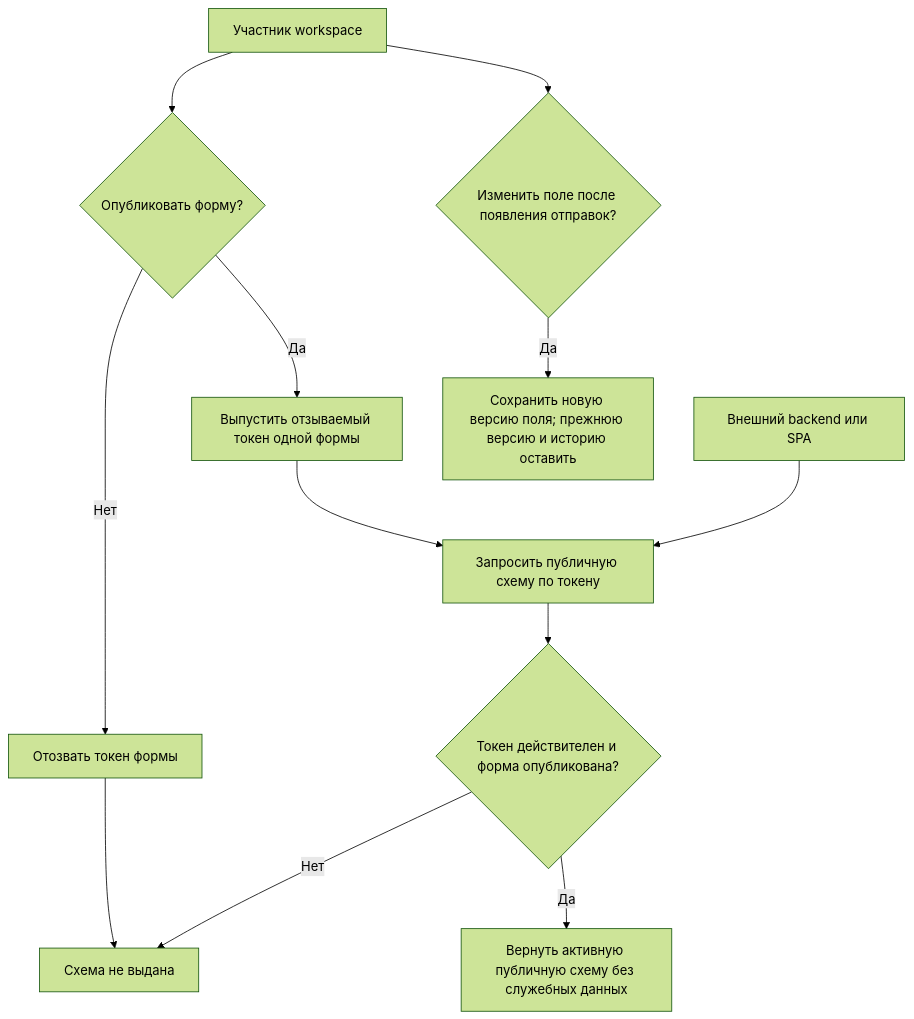
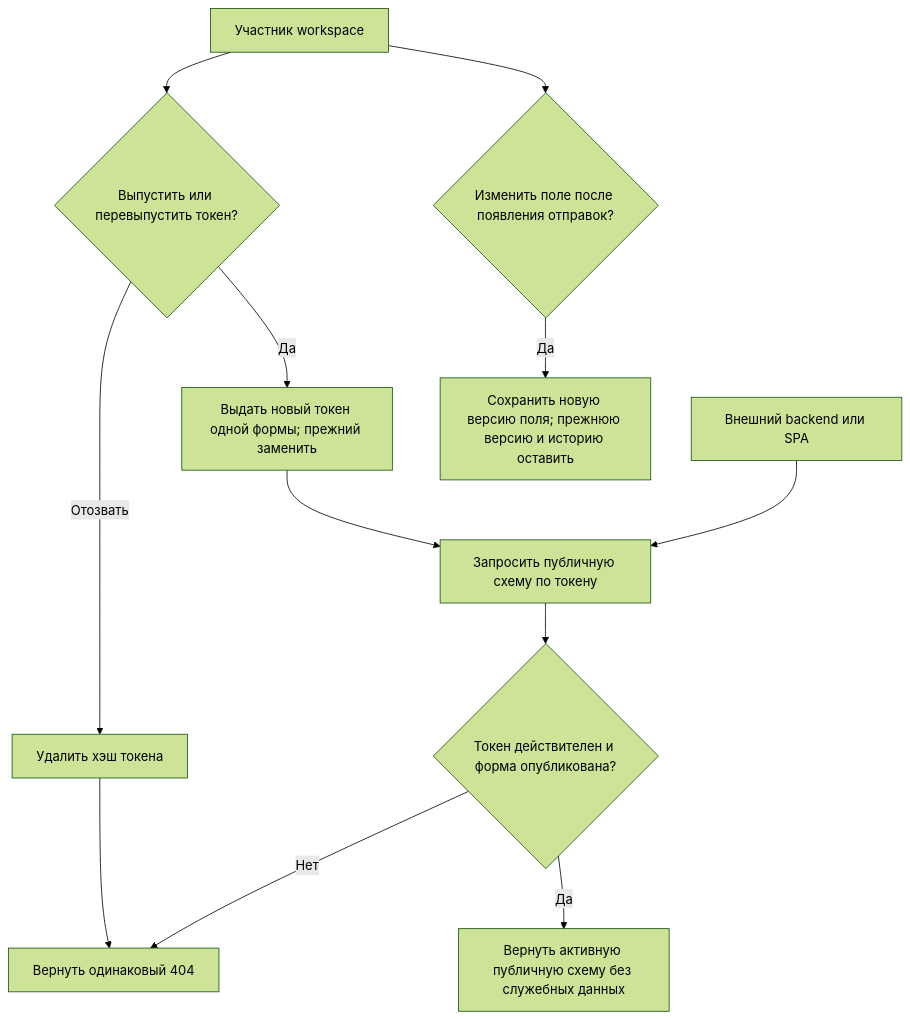
One commit to sholokhov-daniil/formflow-api changed the second of 2 diagrams in docs/business-logic/form-definition.md. Above: the diagram before and after it, drawn with Mermaid (forest theme). The commit also changed other lines of this file and 24 other files, not shown here.

````diff
--- a/docs/business-logic/form-definition.md
+++ b/docs/business-logic/form-definition.md
@@ -28,14 +28,14 @@
 ```mermaid
 flowchart TD
-    Member["Участник workspace"] --> Publish{"Опубликовать форму?"}
-    Publish -->|Да| Token["Выпустить отзываемый токен одной формы"]
-    Publish -->|Нет| Revoke["Отозвать токен формы"]
+    Member["Участник workspace"] --> Publish{"Выпустить или перевыпустить токен?"}
+    Publish -->|Да| Token["Выдать новый токен одной формы; прежний заменить"]
+    Publish -->|Отозвать| Revoke["Удалить хэш токена"]
     Client["Внешний backend или SPA"] --> ReadSchema["Запросить публичную схему по токену"]
     ReadSchema --> Valid{"Токен действителен и форма опубликована?"}
-    Valid -->|Нет| Denied["Схема не выдана"]
+    Valid -->|Нет| Denied["Вернуть одинаковый 404"]
     Valid -->|Да| Schema["Вернуть активную публичную схему без служебных данных"]
     Token --> ReadSchema
     Revoke --> Denied
     Member --> Edit{"Изменить поле после появления отправок?"}
     Edit -->|Да| Revision["Сохранить новую версию поля; прежнюю версию и историю оставить"]
 ```
````
